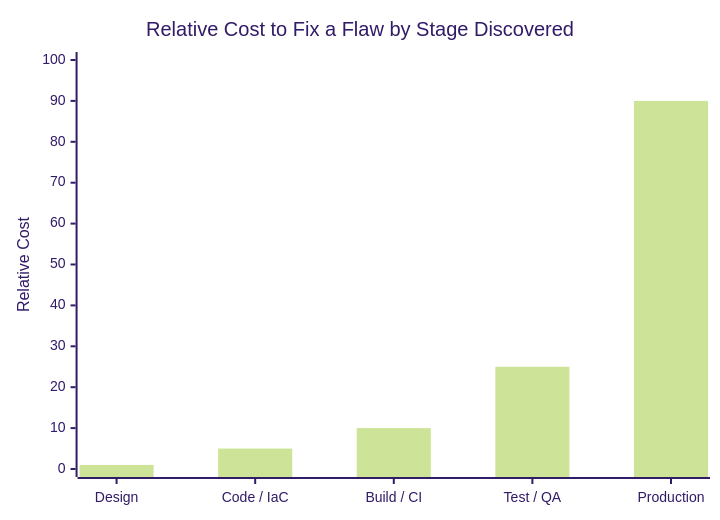
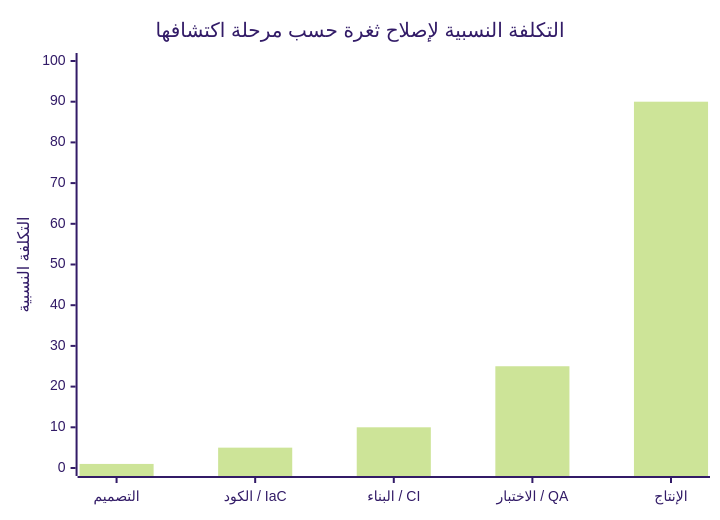
Before and after one commit to ibra-kdbra/banije: the sixth of 11 diagrams in src/content/translate/ar/cloud-native-and-supply-chain-security-in-depth.md, drawn with Mermaid (forest theme). The commit also changed other lines of this file and 33 other files, not shown here.

````diff
--- a/src/content/translate/ar/cloud-native-and-supply-chain-security-in-depth.md
+++ b/src/content/translate/ar/cloud-native-and-supply-chain-security-in-depth.md
@@ -187,7 +187,7 @@
 ```mermaid
 xychart-beta
-    title "Relative Cost to Fix a Flaw by Stage Discovered"
-    x-axis ["Design", "Code / IaC", "Build / CI", "Test / QA", "Production"]
-    y-axis "Relative Cost" 0 --> 100
+    title "التكلفة النسبية لإصلاح ثغرة حسب مرحلة اكتشافها"
+    x-axis ["التصميم", "الكود / IaC", "البناء / CI", "الاختبار / QA", "الإنتاج"]
+    y-axis "التكلفة النسبية" 0 --> 100
     bar [1, 5, 10, 25, 90]
 ```
````
